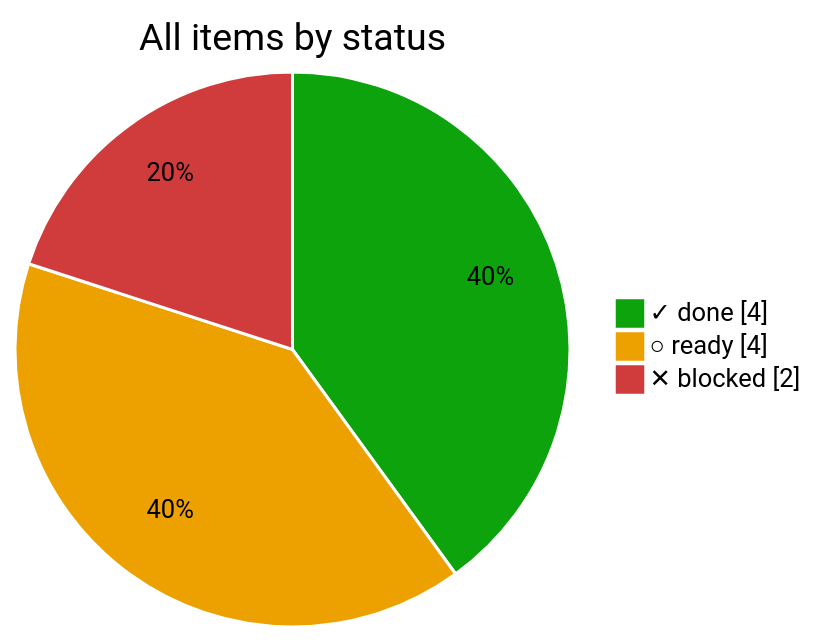
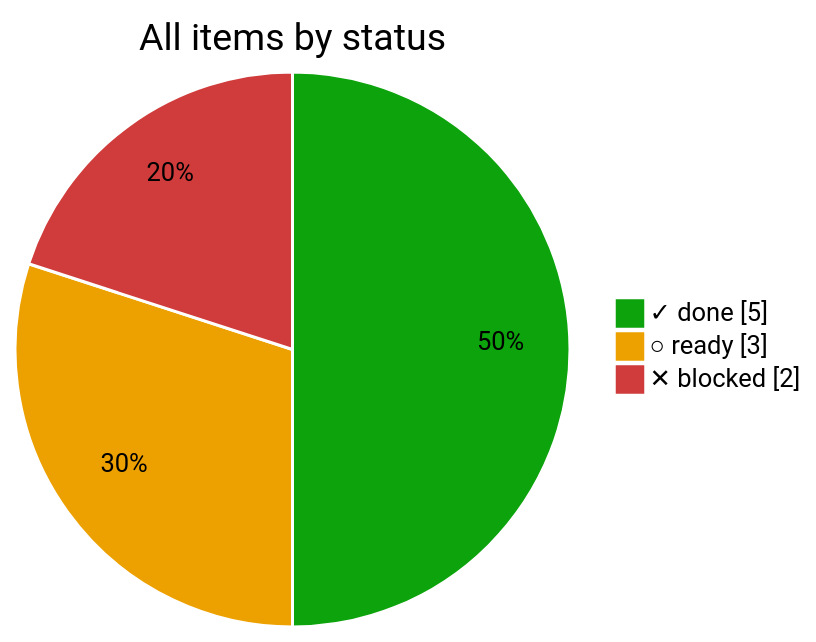
Before and after one commit to bvraghav/pmtrack: the second of 4 diagrams in progress/README.md, drawn with Mermaid. The commit also changed other lines of this file and 5 other files, not shown here.

````diff
--- a/progress/README.md
+++ b/progress/README.md
@@ -22,7 +22,7 @@
 ```mermaid
 %%{init: {"themeVariables": {"pie1": "#0ca30c", "pie2": "#eda100", "pie3": "#d03b3b", "pieOpacity": "1", "pieSectionTextColor": "#000", "pieStrokeColor": "#fff", "pieStrokeWidth": "2px", "pieOuterStrokeWidth": "0px"}}}%%
 pie showData title All items by status
-  "✓ done" : 4
-  "○ ready" : 4
+  "✓ done" : 5
+  "○ ready" : 3
   "✕ blocked" : 2
 ```
````
